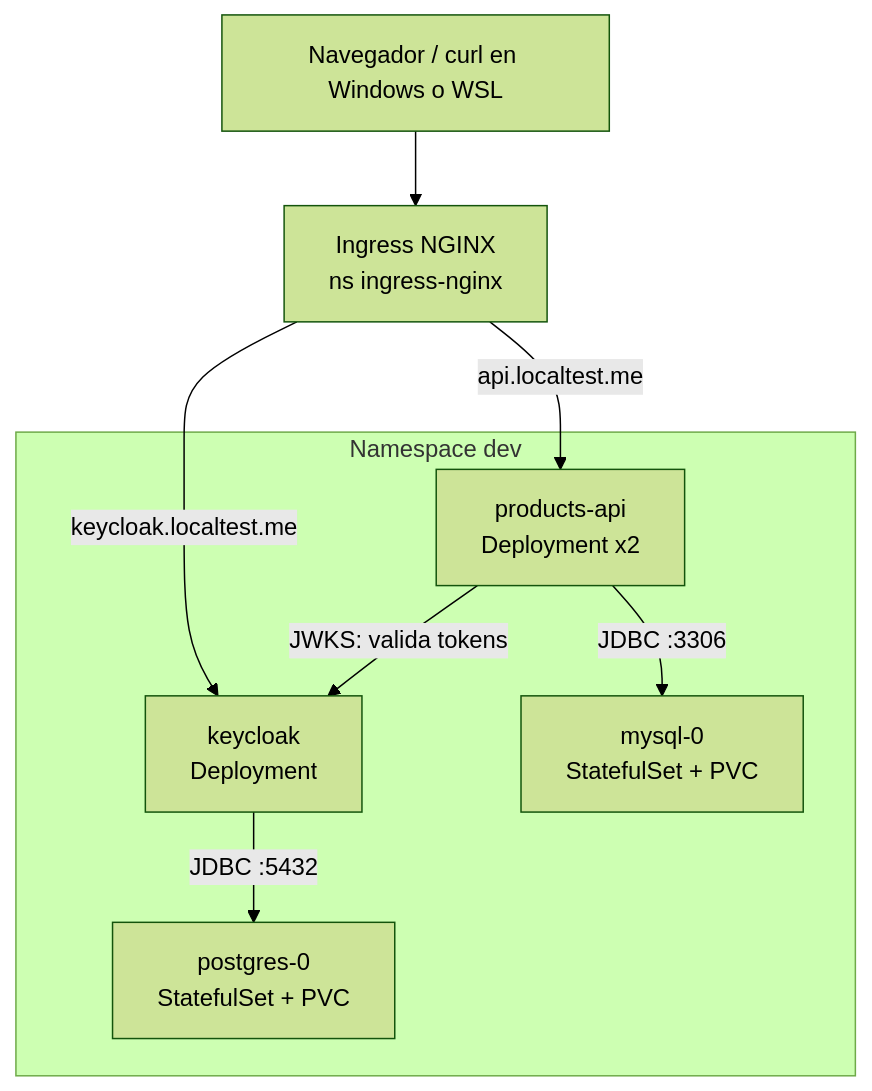
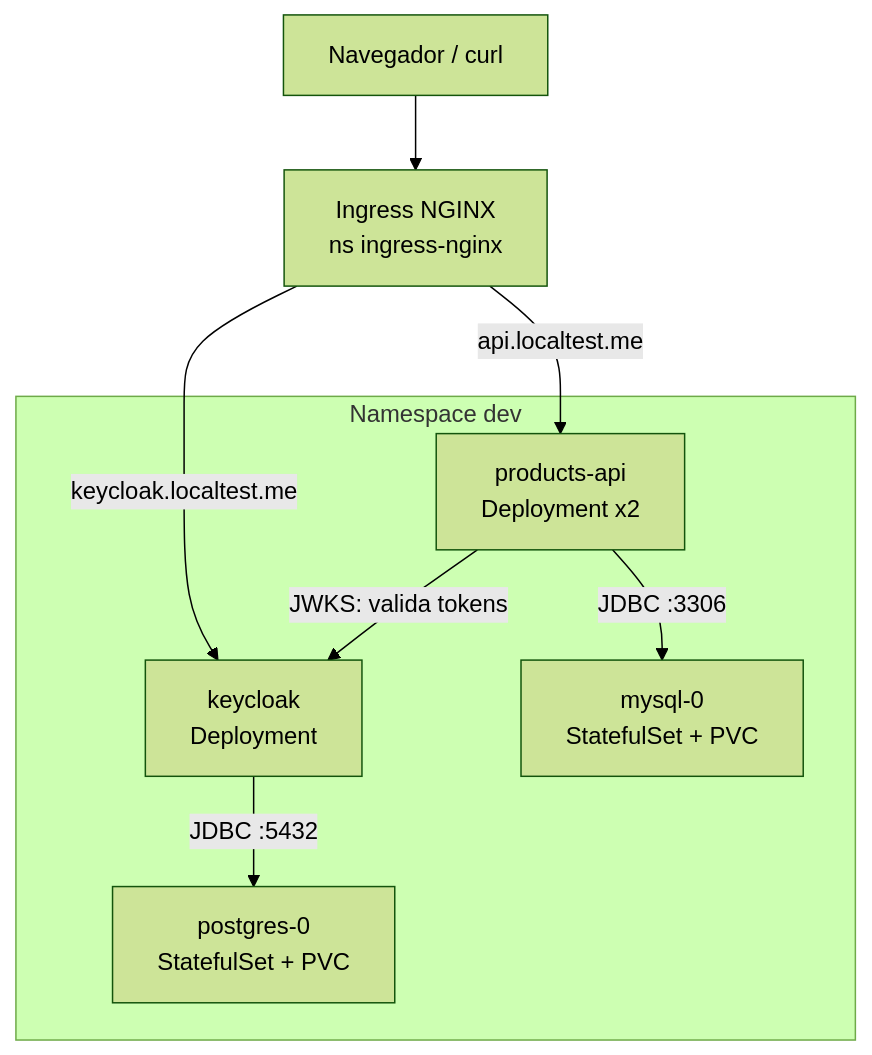
One commit to devbryan02/k8s-curso-practico changed the first of 2 diagrams in 13-proyecto-final/README.md. Above: the diagram before and after it, drawn with Mermaid (forest theme). The commit also changed other lines of this file and 17 other files, not shown here.

````diff
--- a/13-proyecto-final/README.md
+++ b/13-proyecto-final/README.md
@@ -26,15 +26,15 @@
 ```mermaid
 flowchart TD
-    U["Navegador / curl en Windows o WSL"] --> ING["Ingress NGINX<br/>ns ingress-nginx"]
+    U["Navegador / curl"] --> ING["Ingress NGINX<br/>ns ingress-nginx"]
     ING -->|"api.localtest.me"| API["products-api<br/>Deployment x2"]
     ING -->|"keycloak.localtest.me"| KC["keycloak<br/>Deployment"]
     API -->|"JWKS: valida tokens"| KC
     API -->|"JDBC :3306"| MY["mysql-0<br/>StatefulSet + PVC"]
     KC -->|"JDBC :5432"| PG["postgres-0<br/>StatefulSet + PVC"]
     subgraph dev["Namespace dev"]
         API
         KC
         MY
         PG
     end
 ```
````
